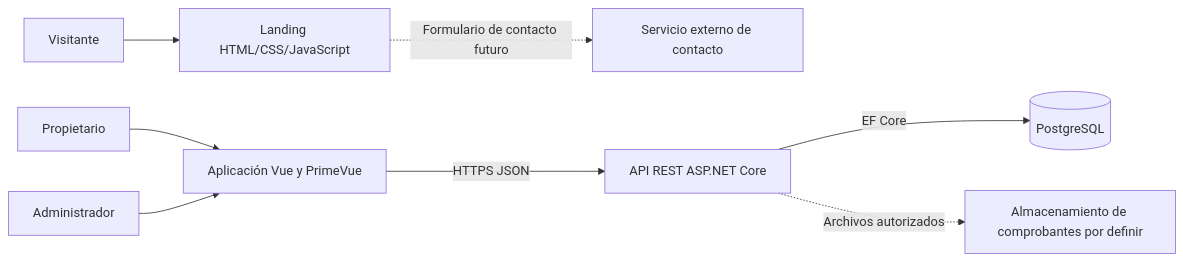
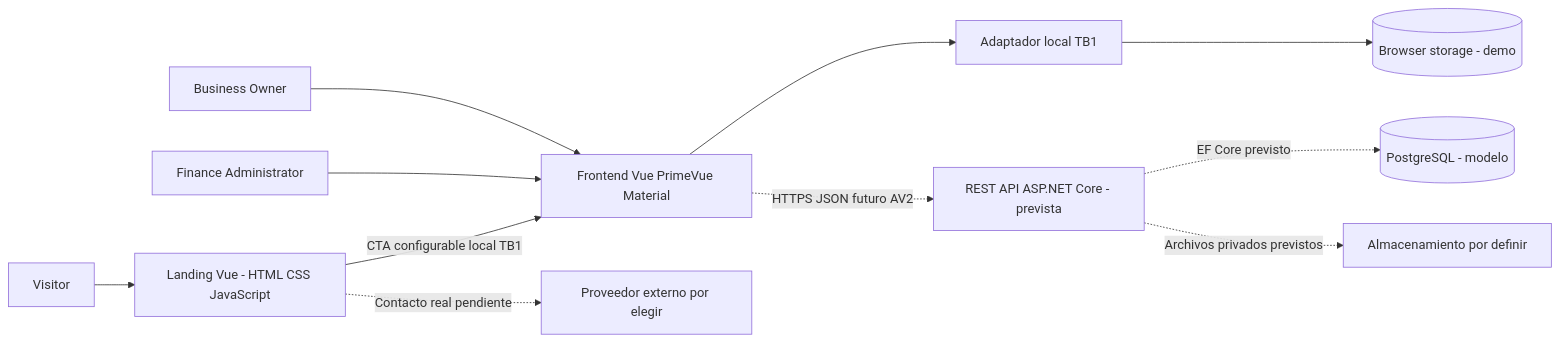
One commit to Grupo-Desarrollo-Aplicaciones-Web/upc-project-report changed the diagram in assets/architecture/c4-containers.mmd. Above: the diagram before and after it, drawn with Mermaid. The commit also changed 27 other files, not shown here.

Commit message:
docs(architecture): align frontend containers classes and database

```diff
--- a/assets/architecture/c4-containers.mmd
+++ b/assets/architecture/c4-containers.mmd
@@ -1,8 +1,11 @@
 flowchart LR
-  Visitor[Visitante] --> Landing[Landing HTML/CSS/JavaScript]
-  Owner[Propietario] --> Web[Aplicación Vue y PrimeVue]
-  Admin[Administrador] --> Web
-  Landing -. Formulario de contacto futuro .-> Contact[Servicio externo de contacto]
-  Web -->|HTTPS JSON| Api[API REST ASP.NET Core]
-  Api -->|EF Core| Db[(PostgreSQL)]
-  Api -. Archivos autorizados .-> Files[Almacenamiento de comprobantes por definir]
+  Visitor[Visitor] --> Landing[Landing Vue - HTML CSS JavaScript]
+  Owner[Business Owner] --> Web[Frontend Vue PrimeVue Material]
+  Admin[Finance Administrator] --> Web
+  Landing -->|CTA configurable local TB1| Web
+  Web --> Local[Adaptador local TB1]
+  Local --> Browser[(Browser storage - demo)]
+  Web -. HTTPS JSON futuro AV2 .-> Api[REST API ASP.NET Core - prevista]
+  Api -. EF Core previsto .-> Db[(PostgreSQL - modelo)]
+  Api -. Archivos privados previstos .-> Files[Almacenamiento por definir]
+  Landing -. Contacto real pendiente .-> Contact[Proveedor externo por elegir]
```
